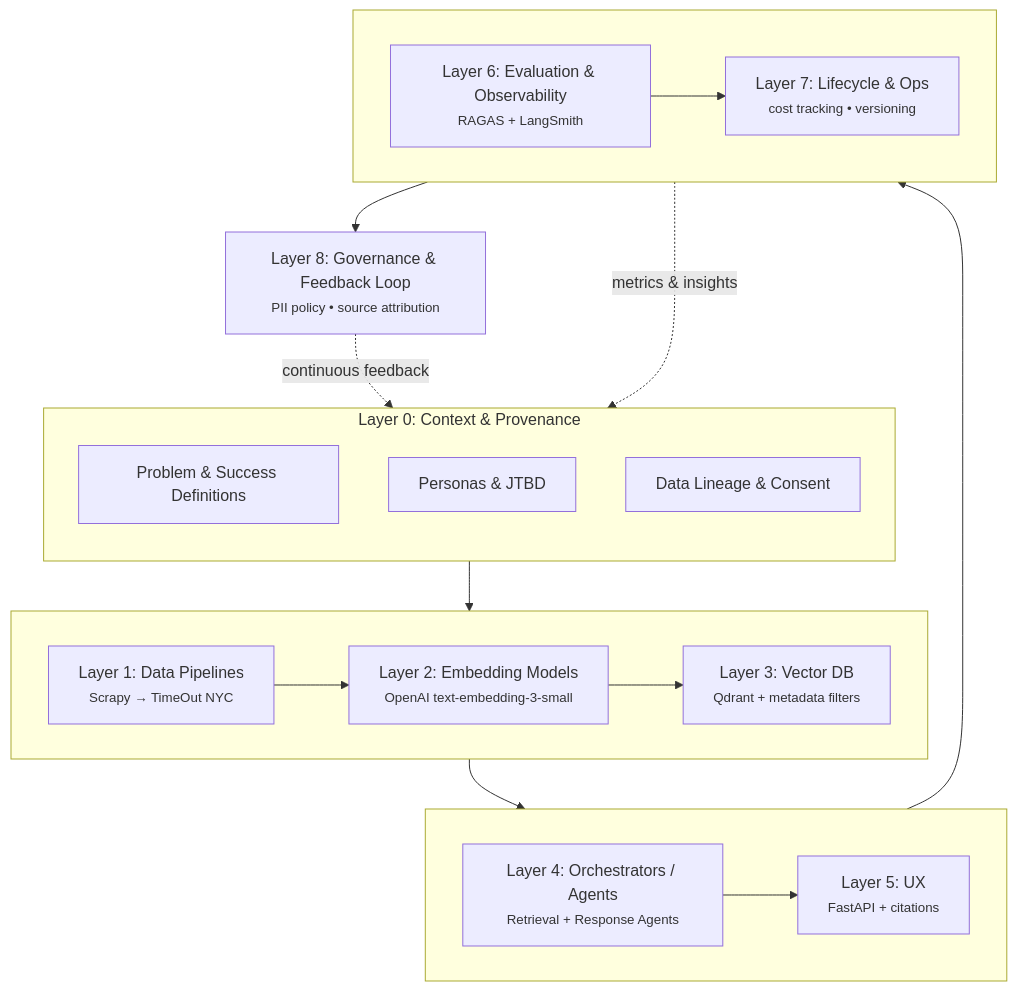
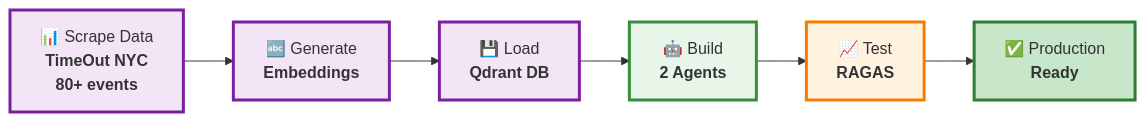
The first of 3 diagrams in presentation/slides.md (mkchuprin/ai-maker-space-certification-challenge), drawn with Mermaid before and after one commit. The commit also changed other lines of this file and 3 other files, not shown here.

````diff
--- a/presentation/slides.md
+++ b/presentation/slides.md
@@ -152,42 +158,18 @@
 ```mermaid
-flowchart TB
-  subgraph L0[Layer 0: Context & Provenance]
-    direction TB
-    L0a[Problem & Success Definitions]
-    L0b[Personas & JTBD]
-    L0c[Data Lineage & Consent]
-  end
+flowchart LR
+  L1["📊 Scrape Data<br/><b>TimeOut NYC<br/>80+ events</b>"]
+  L2["🔤 Generate<br/><b>Embeddings</b>"]
+  L3["💾 Load<br/><b>Qdrant DB</b>"]
+  L4["🤖 Build<br/><b>2 Agents</b>"]
+  L6["📈 Test<br/><b>RAGAS</b>"]
+  Output["✅ Production<br/><b>Ready</b>"]
 
-  subgraph DataLayer[" "]
-    direction LR
-    L1["Layer 1: Data Pipelines<br/><small>Scrapy → TimeOut NYC</small>"]
-    L2["Layer 2: Embedding Models<br/><small>OpenAI text-embedding-3-small</small>"]
-    L3["Layer 3: Vector DB<br/><small>Qdrant + metadata filters</small>"]
-  end
+  L1 --> L2 --> L3 --> L4 --> L6 --> Output
 
-  subgraph ProcessingLayer[" "]
-    direction LR
-    L4["Layer 4: Orchestrators / Agents<br/><small>Retrieval + Response Agents</small>"]
-    L5["Layer 5: UX<br/><small>FastAPI + citations</small>"]
-  end
-
-  subgraph OpsLayer[" "]
-    direction LR
-    L6["Layer 6: Evaluation & Observability<br/><small>RAGAS + LangSmith</small>"]
-    L7["Layer 7: Lifecycle & Ops<br/><small>cost tracking • versioning</small>"]
-  end
-
-  L8["Layer 8: Governance & Feedback Loop<br/><small>PII policy • source attribution</small>"]
-
-  L0 --> DataLayer
-  DataLayer --> ProcessingLayer
-  ProcessingLayer --> OpsLayer
-  OpsLayer --> L8
-
-  L1 --> L2 --> L3
-  L4 --> L5
-  L6 --> L7
-
-  L8 -.->|"continuous feedback"| L0
-  L6 -.->|"metrics & insights"| L0
+  style L1 fill:#f3e5f5,stroke:#7b1fa2,stroke-width:3px
+  style L2 fill:#f3e5f5,stroke:#7b1fa2,stroke-width:3px
+  style L3 fill:#f3e5f5,stroke:#7b1fa2,stroke-width:3px
+  style L4 fill:#e8f5e9,stroke:#388e3c,stroke-width:3px
+  style L6 fill:#fff3e0,stroke:#f57c00,stroke-width:3px
+  style Output fill:#c8e6c9,stroke:#2e7d32,stroke-width:3px
 ```
````
